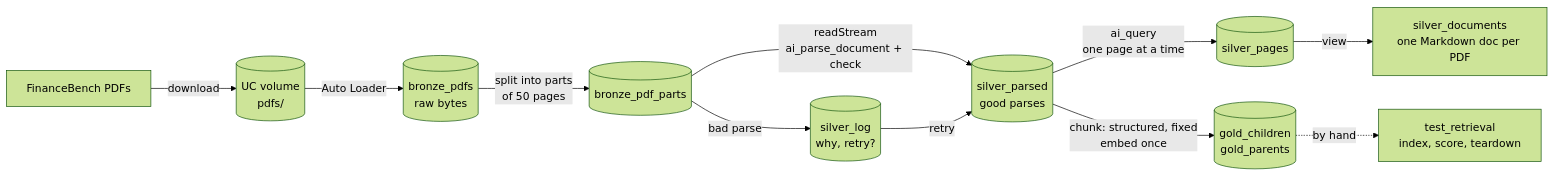
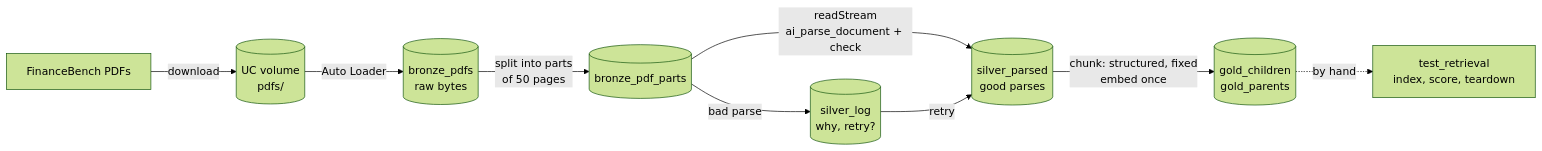
Before and after one commit to SuddhaswattaMaityUK/dbx-finance-bench-rag: the first of 2 diagrams in README.md, drawn with Mermaid (forest theme). The commit also changed other lines of this file and 12 other files, not shown here.

First line of the commit message:
Silver: remove the Markdown conversion (silver_convert, silver_pages, silver_documents)

````diff
--- a/README.md
+++ b/README.md
@@ -9,13 +9,11 @@
 ```mermaid
 flowchart LR
     A[FinanceBench PDFs] -->|download| V[(UC volume<br/>pdfs/)]
     V -->|Auto Loader| B[(bronze_pdfs<br/>raw bytes)]
     B -->|"split into parts<br/>of 50 pages"| T[("bronze_pdf_parts")]
     T -->|"readStream<br/>ai_parse_document + check"| P[("silver_parsed<br/>good parses")]
     T -->|"bad parse"| L[("silver_log<br/>why, retry?")]
     L -->|"retry"| P
-    P -->|"ai_query<br/>one page at a time"| PG[("silver_pages")]
-    PG -->|view| D["silver_documents<br/>one Markdown doc per PDF"]
     P -->|"chunk: structured, fixed<br/>embed once"| G[("gold_children<br/>gold_parents")]
     G -.->|"by hand"| R["test_retrieval<br/>index, score, teardown"]
 ```
````
